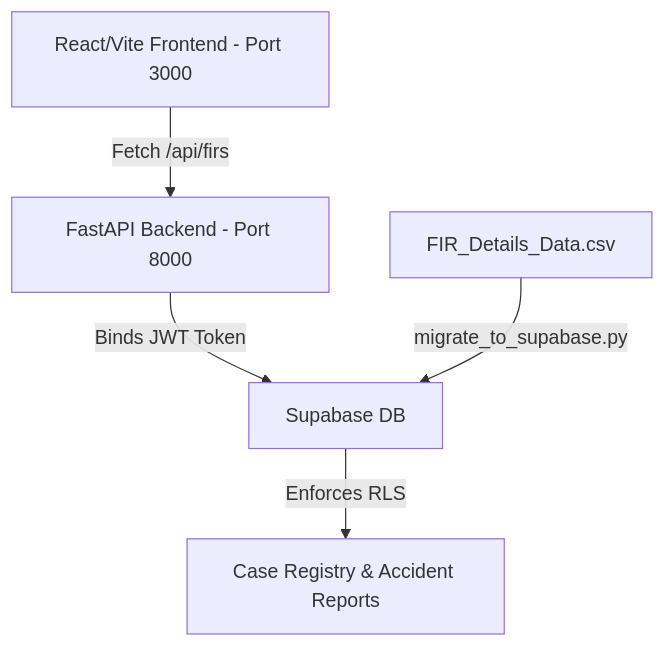
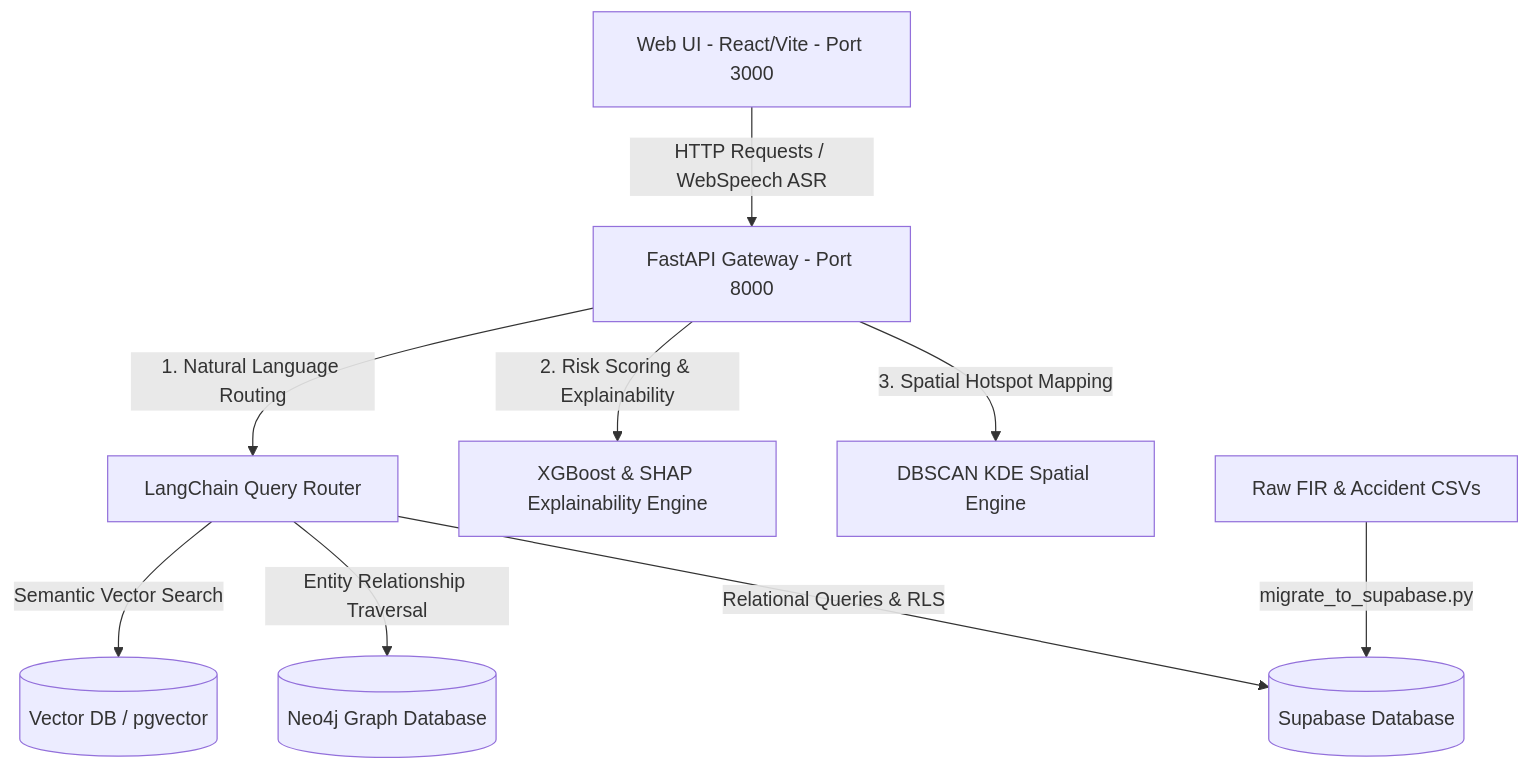
One commit to BCSAKETH/VAJRA changed the diagram in README.md. Above: the diagram before and after it, drawn with Mermaid. The commit also changed other lines of this file, not shown here.

````diff
--- a/README.md
+++ b/README.md
@@ -13,7 +10,18 @@
 ```mermaid
 graph TD
-    A[React/Vite Frontend - Port 3000] -->|Fetch /api/firs| B[FastAPI Backend - Port 8000]
-    B -->|Binds JWT Token| C[Supabase DB]
-    C -->|Enforces RLS| D[Case Registry & Accident Reports]
-    E[FIR_Details_Data.csv] -->|migrate_to_supabase.py| C
+    %% User Interfaces
+    SubGraph1[Web UI - React/Vite - Port 3000] -->|HTTP Requests / WebSpeech ASR| API[FastAPI Gateway - Port 8000]
+    
+    %% Analytics & ML Engines
+    API -->|1. Natural Language Routing| Router[LangChain Query Router]
+    API -->|2. Risk Scoring & Explainability| RiskModel[XGBoost & SHAP Explainability Engine]
+    API -->|3. Spatial Hotspot Mapping| DBSCAN[DBSCAN KDE Spatial Engine]
+    
+    %% Data Store Layers
+    Router -->|Semantic Vector Search| PGV[(Vector DB / pgvector)]
+    Router -->|Entity Relationship Traversal| Neo4j[(Neo4j Graph Database)]
+    Router -->|Relational Queries & RLS| Supabase[(Supabase Database)]
+    
+    %% Data Ingestion
+    CSV[Raw FIR & Accident CSVs] -->|migrate_to_supabase.py| Supabase
 ```
````
